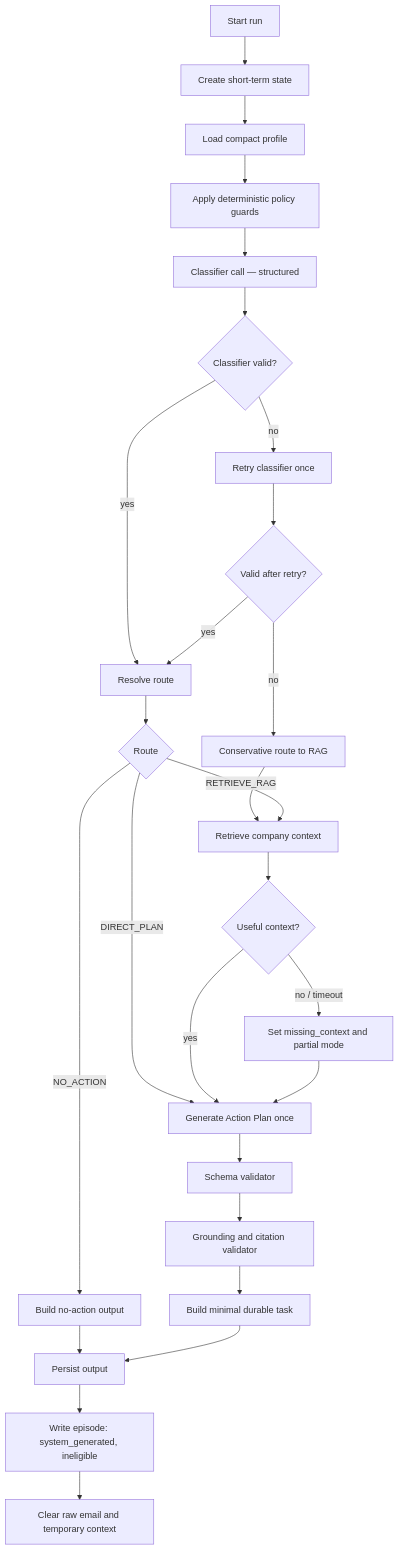
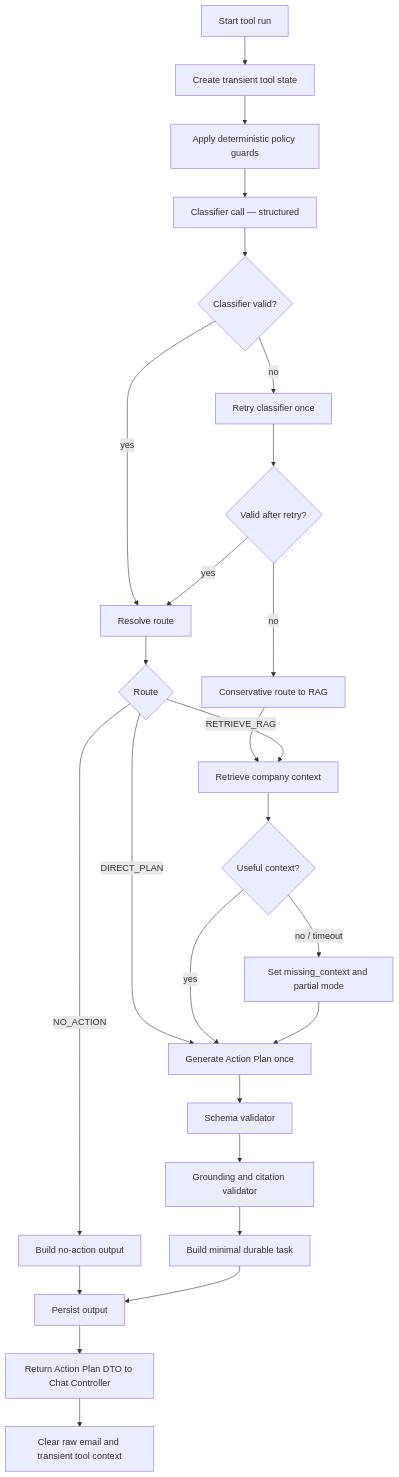
Before and after one commit to MathematicGuy/EMAIL-AGENT-v1: the second of 5 diagrams in docs/master-comparison.md, drawn with Mermaid. The commit also changed other lines of this file and 4 other files, not shown here.

````diff
--- a/docs/master-comparison.md
+++ b/docs/master-comparison.md
@@ -509,29 +509,28 @@
 ```mermaid
 flowchart TB
-    START["Start run"] --> STATE["Create short-term state"]
-    STATE --> PROFILE["Load compact profile"]
-    PROFILE --> RULES["Apply deterministic policy guards"]
+    START["Start tool run"] --> STATE["Create transient tool state"]
+    STATE --> RULES["Apply deterministic policy guards"]
     RULES --> CLASS["Classifier call — structured"]
     CLASS --> VALIDCLASS{"Classifier valid?"}
     VALIDCLASS -->|no| RETRY["Retry classifier once"]
     RETRY --> VALID2{"Valid after retry?"}
     VALID2 -->|no| CONSERVATIVE["Conservative route to RAG"]
     VALIDCLASS -->|yes| RESOLVE["Resolve route"]
     VALID2 -->|yes| RESOLVE
     CONSERVATIVE --> RETRIEVE
     RESOLVE --> ROUTE{"Route"}
     ROUTE -->|NO_ACTION| BUILD0["Build no-action output"]
     ROUTE -->|DIRECT_PLAN| GEN["Generate Action Plan once"]
     ROUTE -->|RETRIEVE_RAG| RETRIEVE["Retrieve company context"]
     RETRIEVE --> ROK{"Useful context?"}
     ROK -->|yes| GEN
     ROK -->|no / timeout| PARTIAL["Set missing_context and partial mode"]
     PARTIAL --> GEN
     GEN --> SCHEMA["Schema validator"]
     SCHEMA --> GROUND["Grounding and citation validator"]
     GROUND --> BUILD["Build minimal durable task"]
     BUILD0 --> PERSIST["Persist output"]
     BUILD --> PERSIST
-    PERSIST --> EPISODE["Write episode: system_generated, ineligible"]
-    EPISODE --> CLEAR["Clear raw email and temporary context"]
+    PERSIST --> RETURN["Return Action Plan DTO to Chat Controller"]
+    RETURN --> CLEAR["Clear raw email and transient tool context"]
 ```
````
